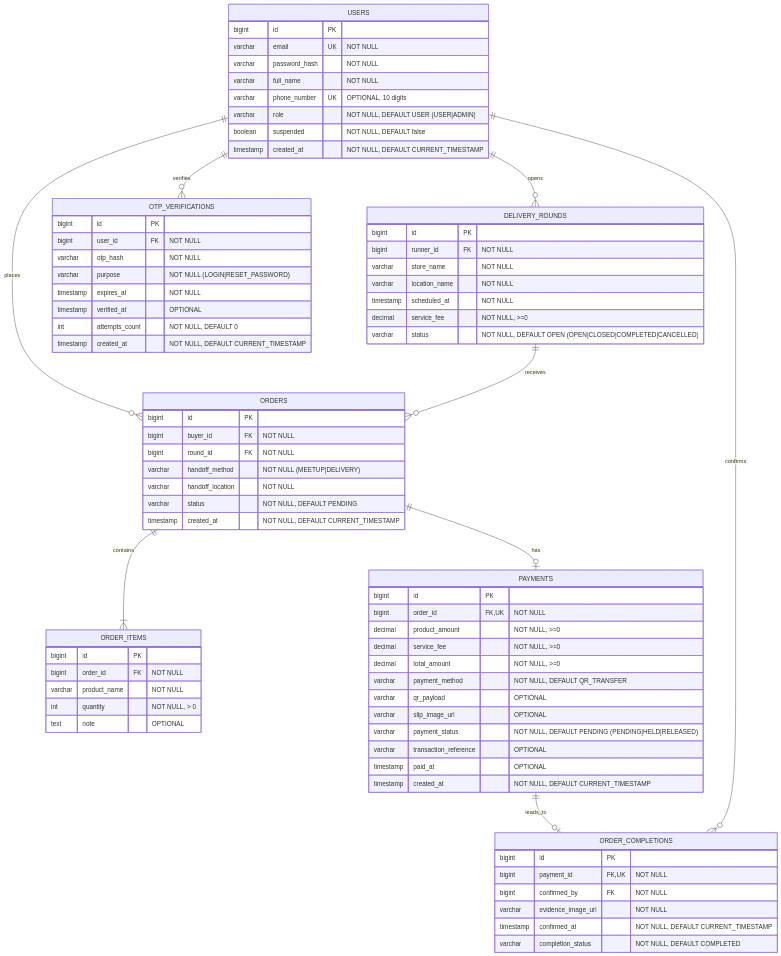
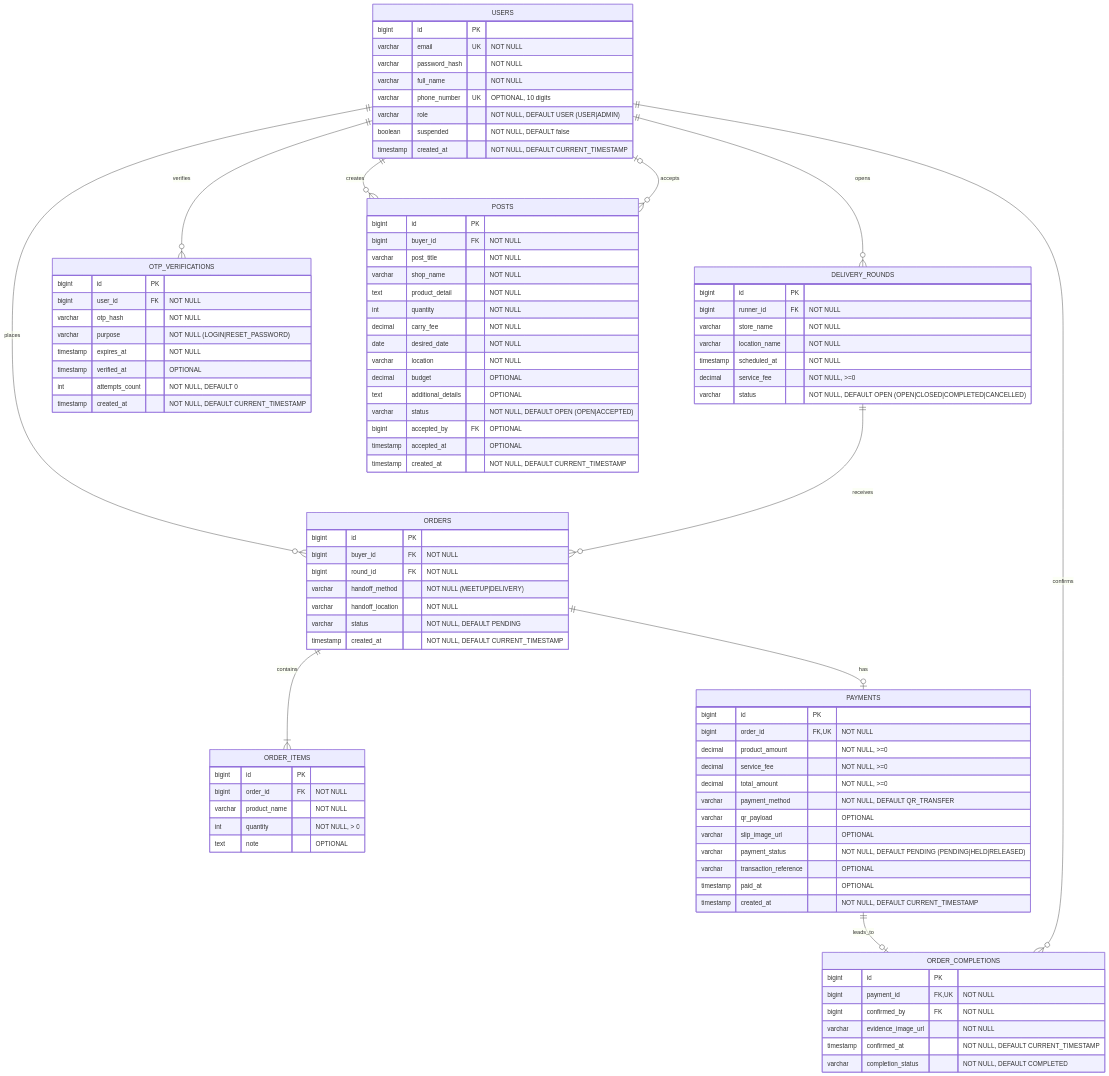
Before and after one commit to BlackyB0o/CS261_650001_group5: the diagram in docs/database/ERD.md, drawn with Mermaid.

Commit message:
ERD add POSTS table (Task12)

````diff
--- a/docs/database/ERD.md
+++ b/docs/database/ERD.md
@@ -19,6 +19,10 @@
 
     %% Task 04 - ลงทะเบียน/เข้าสู่ระบบ + OTP
     USERS ||--o{ OTP_VERIFICATIONS : verifies
+
+    %% Task 12 - โพสต์หาคนรับหิ้ว
+    USERS ||--o{ POSTS : creates
+    USERS |o--o{ POSTS : accepts
 
     %% Task 04, 54 - ผู้ใช้ (role, suspended เพิ่มสำหรับ Admin US10)
     USERS {
@@ -100,4 +104,23 @@
         int attempts_count "NOT NULL, DEFAULT 0"
         timestamp created_at "NOT NULL, DEFAULT CURRENT_TIMESTAMP"
     }
+
+    %% Task 12 - ผู้ฝากหิ้วโพสต์หาคนรับหิ้ว
+    POSTS {
+        bigint id PK
+        bigint buyer_id FK "NOT NULL"
+        varchar post_title "NOT NULL"
+        varchar shop_name "NOT NULL"
+        text product_detail "NOT NULL"
+        int quantity "NOT NULL"
+        decimal carry_fee "NOT NULL"
+        date desired_date "NOT NULL"
+        varchar location "NOT NULL"
+        decimal budget "OPTIONAL"
+        text additional_details "OPTIONAL"
+        varchar status "NOT NULL, DEFAULT OPEN (OPEN|ACCEPTED)"
+        bigint accepted_by FK "OPTIONAL"
+        timestamp accepted_at "OPTIONAL"
+        timestamp created_at "NOT NULL, DEFAULT CURRENT_TIMESTAMP"
+    }
 ```
````
